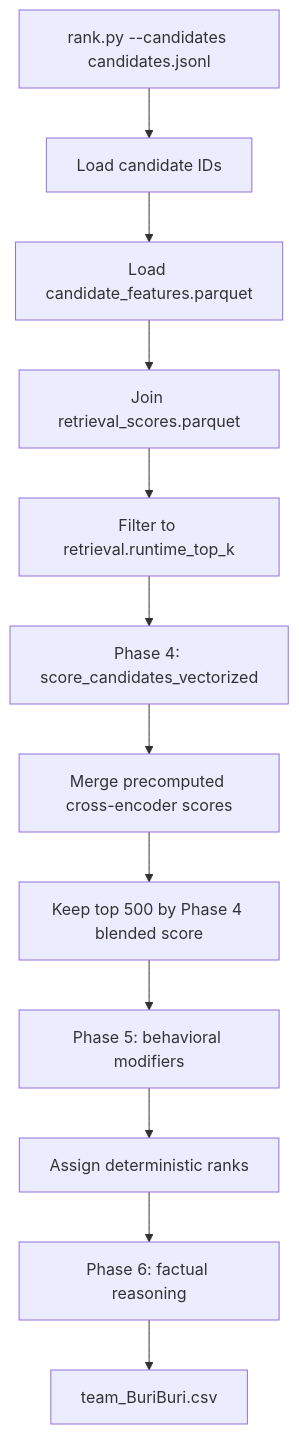
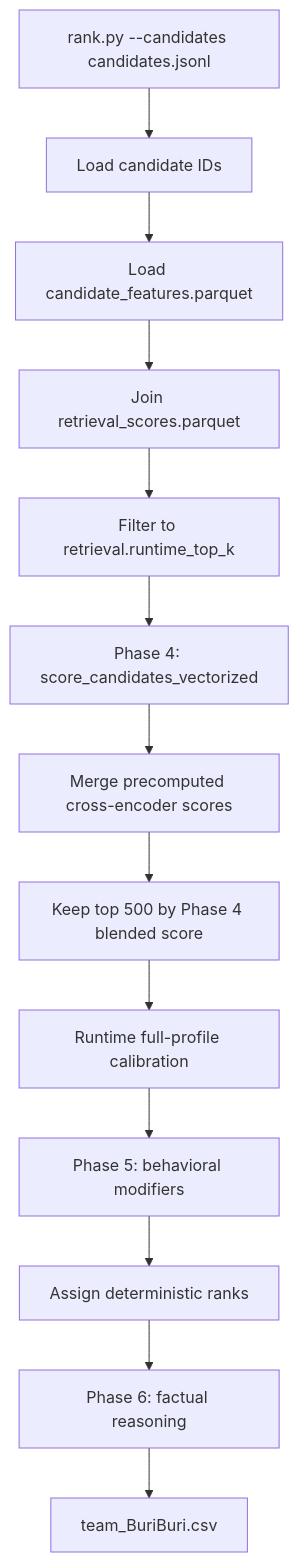
Before and after one commit to sathvik1610/evidence-rank: the third of 5 diagrams in docs/ARCHITECTURE.md, drawn with Mermaid. The commit also changed other lines of this file and 8 other files, not shown here.

````diff
--- a/docs/ARCHITECTURE.md
+++ b/docs/ARCHITECTURE.md
@@ -201,14 +230,15 @@
 ```mermaid
 flowchart TD
     A["rank.py --candidates candidates.jsonl"] --> B["Load candidate IDs"]
     B --> C["Load candidate_features.parquet"]
     C --> D["Join retrieval_scores.parquet"]
     D --> E["Filter to retrieval.runtime_top_k"]
     E --> F["Phase 4: score_candidates_vectorized"]
     F --> G["Merge precomputed cross-encoder scores"]
     G --> H["Keep top 500 by Phase 4 blended score"]
-    H --> I["Phase 5: behavioral modifiers"]
-    I --> J["Assign deterministic ranks"]
-    J --> K["Phase 6: factual reasoning"]
-    K --> L["team_BuriBuri.csv"]
+    H --> I["Runtime full-profile calibration"]
+    I --> J["Phase 5: behavioral modifiers"]
+    J --> K["Assign deterministic ranks"]
+    K --> L["Phase 6: factual reasoning"]
+    L --> M["team_BuriBuri.csv"]
 ```
````
